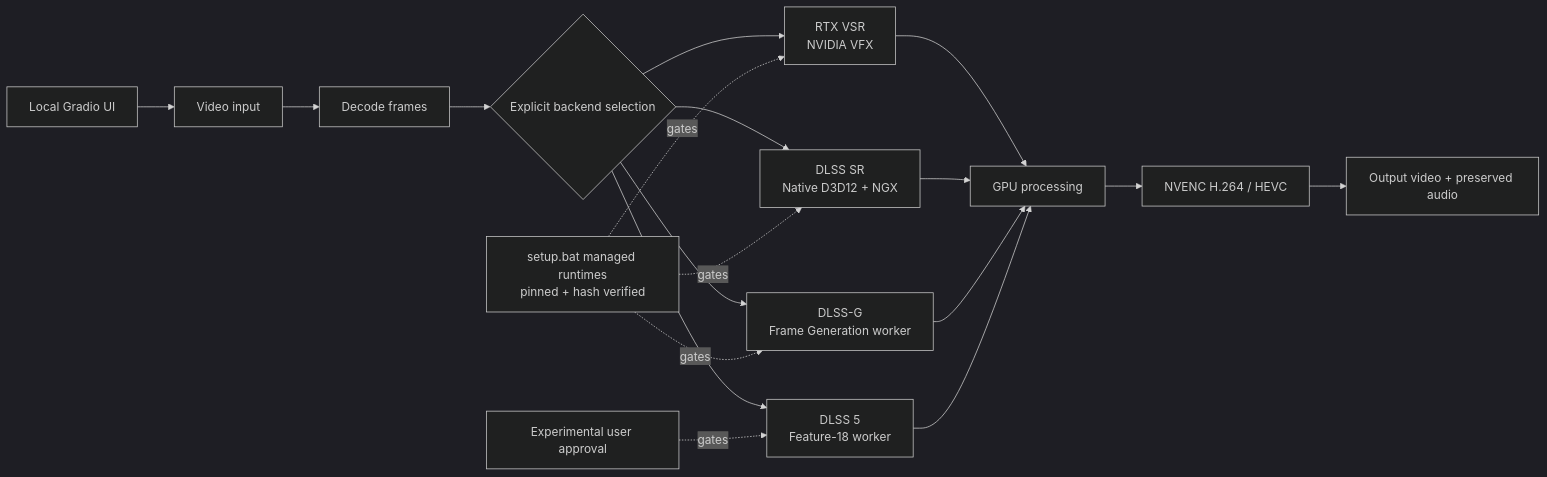
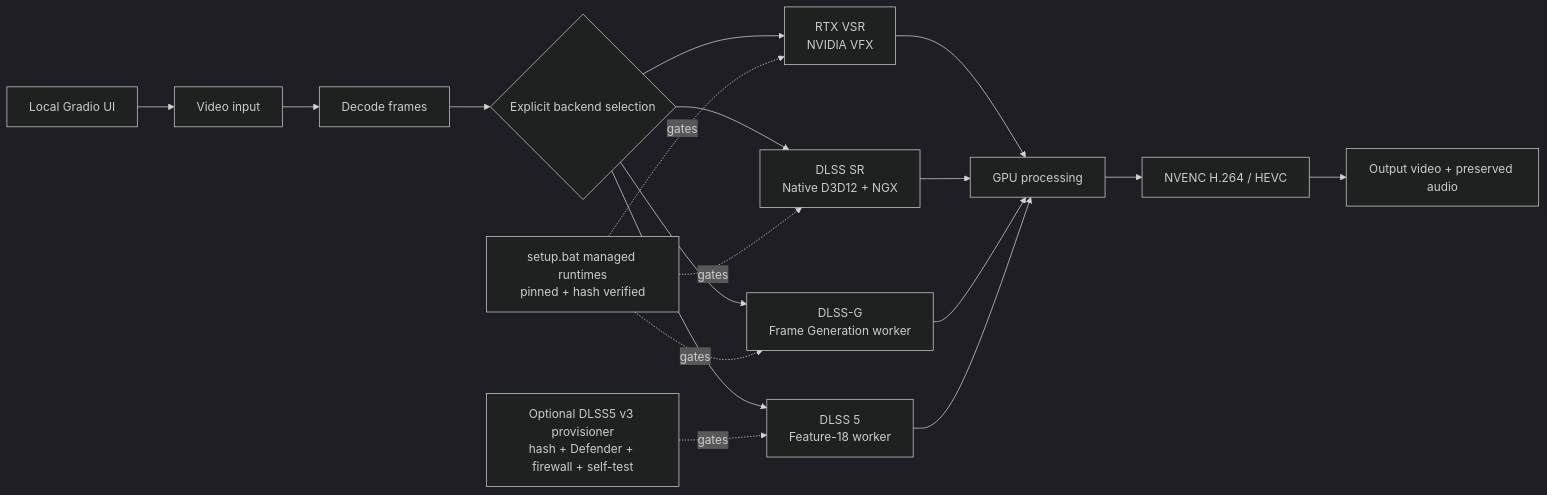
One commit to jyu041/dlss-rtxsr-upscaler changed the diagram in README.md. Above: the diagram before and after it, drawn with Mermaid (dark theme). The commit also changed other lines of this file and 7 other files, not shown here.

````diff
--- a/README.md
+++ b/README.md
@@ -55,20 +56,20 @@
 ```mermaid
 flowchart LR
     A[Local Gradio UI] --> B[Video input]
     B --> C[Decode frames]
     C --> D{Explicit backend selection}
     D --> E[RTX VSR<br/>NVIDIA VFX]
     D --> F[DLSS SR<br/>Native D3D12 + NGX]
     D --> G[DLSS-G<br/>Frame Generation worker]
     D --> H[DLSS 5<br/>Feature-18 worker]
     E --> I[GPU processing]
     F --> I
     G --> I
     H --> I
     I --> J[NVENC H.264 / HEVC]
     J --> L[Output video + preserved audio]
     K[setup.bat managed runtimes<br/>pinned + hash verified] -. gates .-> E
     K -. gates .-> F
     K -. gates .-> G
-    M[Experimental user approval] -. gates .-> H
+    M[Optional DLSS5 v3 provisioner<br/>hash + Defender + firewall + self-test] -. gates .-> H
 ```
````
